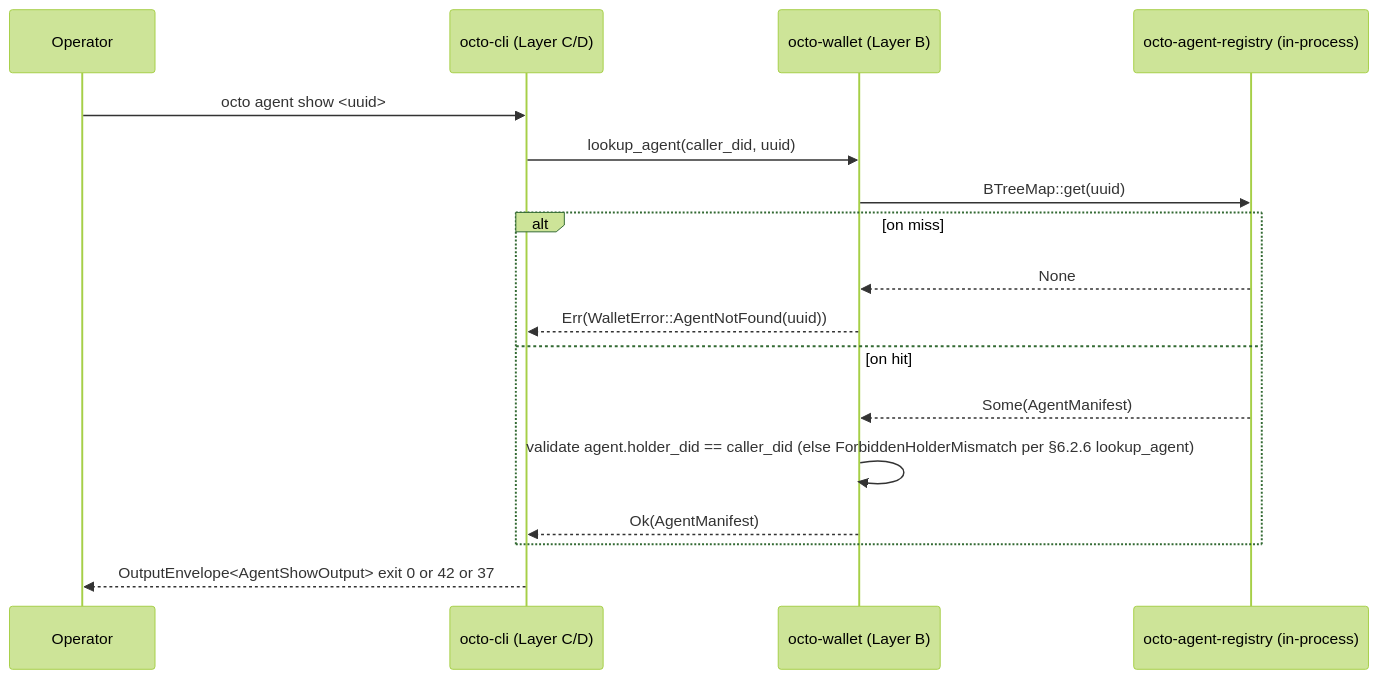
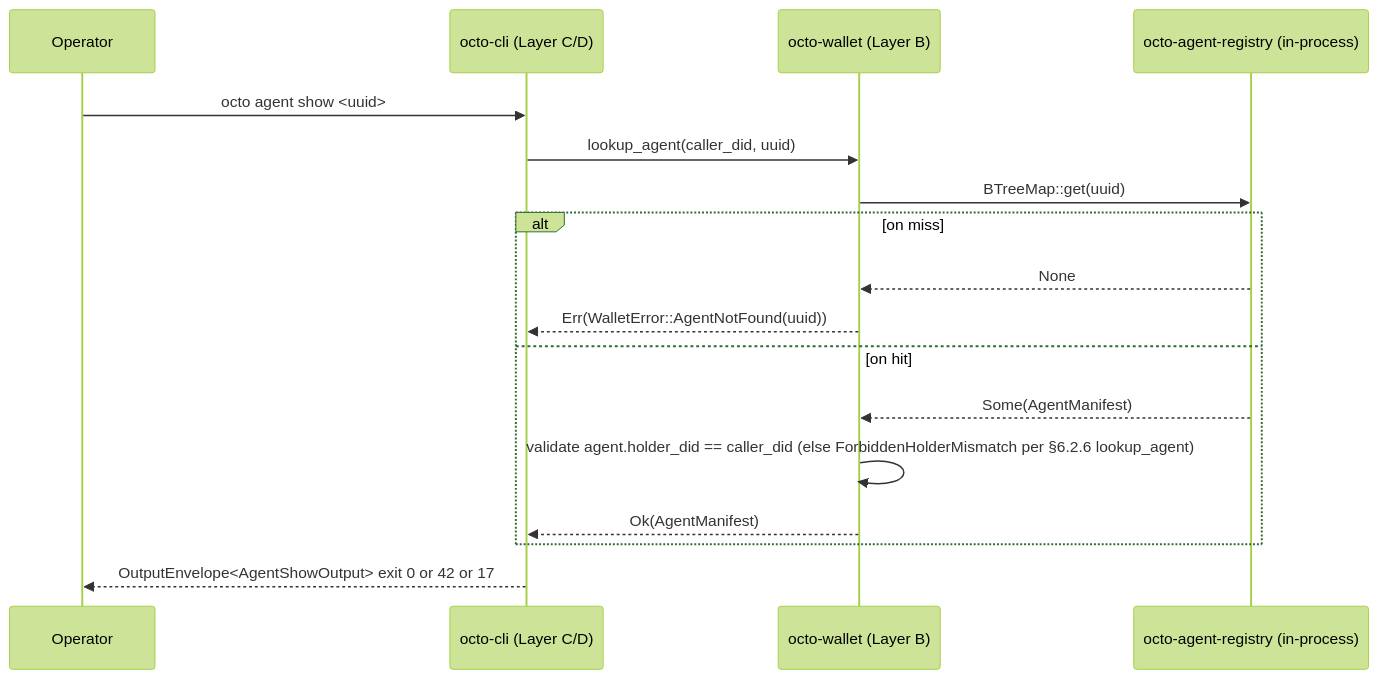
One commit to CipherOcto/cipherocto changed the second of 2 diagrams in rfcs/draft/process/0015-wallet-agent-operations.md. Above: the diagram before and after it, drawn with Mermaid (forest theme). The commit also changed other lines of this file and 2 other files, not shown here.

````diff
--- a/rfcs/draft/process/0015-wallet-agent-operations.md
+++ b/rfcs/draft/process/0015-wallet-agent-operations.md
@@ -488,20 +491,20 @@
 ```mermaid
 sequenceDiagram
     participant Op as Operator
     participant CLI as octo-cli (Layer C/D)
     participant Wal as octo-wallet (Layer B)
     participant Reg as octo-agent-registry (in-process)
 
     Op->>CLI: octo agent show <uuid>
     CLI->>Wal: lookup_agent(caller_did, uuid)
     Wal->>Reg: BTreeMap::get(uuid)
     alt on miss
         Reg-->>Wal: None
         Wal-->>CLI: Err(WalletError::AgentNotFound(uuid))
     else on hit
         Reg-->>Wal: Some(AgentManifest)
         Wal->>Wal: validate agent.holder_did == caller_did (else ForbiddenHolderMismatch per §6.2.6 lookup_agent)
         Wal-->>CLI: Ok(AgentManifest)
     end
-    CLI-->>Op: OutputEnvelope<AgentShowOutput> exit 0 or 42 or 37
+    CLI-->>Op: OutputEnvelope<AgentShowOutput> exit 0 or 42 or 17
 ```
````
